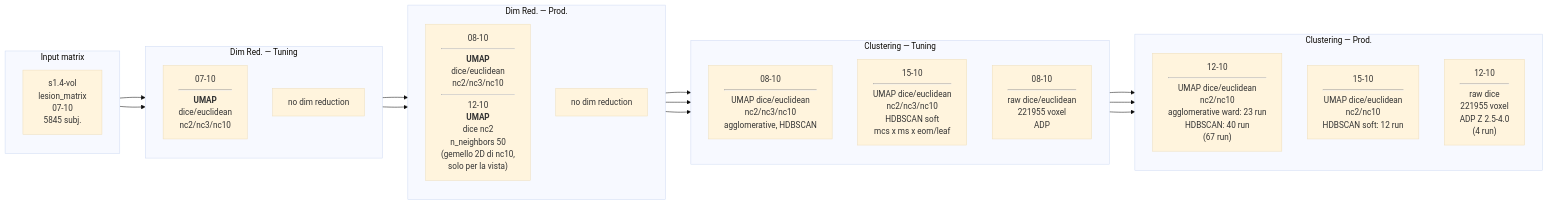
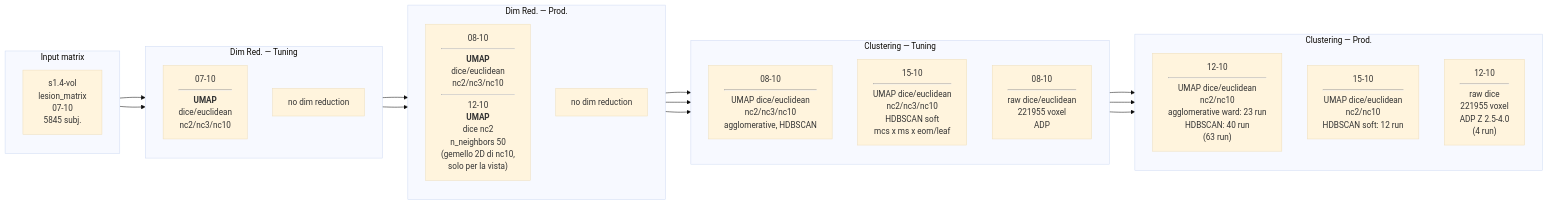
One commit to EmmaTosato/NEMESIS_fs changed the first of 5 diagrams in docs/experiments/pipelines.md. Above: the diagram before and after it, drawn with Mermaid (base theme). The commit also changed other lines of this file and 42 other files, not shown here.

````diff
--- a/docs/experiments/pipelines.md
+++ b/docs/experiments/pipelines.md
@@ -11,40 +11,40 @@
 ```mermaid
 flowchart LR
     classDef pending stroke-dasharray: 5 5
 
     subgraph COL0["Input matrix"]
         direction TB
         R14["s1.4-vol<br/>lesion_matrix<br/>07-10<br/>5845 subj."]
     end
 
     subgraph COL1["Dim Red. — Tuning"]
         direction TB
         T14["07-10<hr/><b>UMAP</b><br/>dice/euclidean<br/>nc2/nc3/nc10"]
         N14T["no dim reduction"]
     end
 
     subgraph COL2["Dim Red. — Prod."]
         direction TB
         P14["08-10<hr/><b>UMAP</b><br/>dice/euclidean<br/>nc2/nc3/nc10<hr/>12-10<br/><b>UMAP</b><br/>dice nc2<br/>n_neighbors 50<br/>(gemello 2D di nc10,<br/>solo per la vista)"]
         N14P["no dim reduction"]
     end
 
     subgraph COL3["Clustering — Tuning"]
         direction TB
         CT14["08-10<hr/>UMAP dice/euclidean<br/>nc2/nc3/nc10<br/>agglomerative, HDBSCAN"]
         CT14S["15-10<hr/>UMAP dice/euclidean<br/>nc2/nc3/nc10<br/>HDBSCAN soft<br/>mcs x ms x eom/leaf"]
         CT14R["08-10<hr/>raw dice/euclidean<br/>221955 voxel<br/>ADP"]
     end
 
     subgraph COL4["Clustering — Prod."]
         direction TB
-        CP14["12-10<hr/>UMAP dice/euclidean<br/>nc2/nc10<br/>agglomerative ward: 23 run<br/>HDBSCAN: 40 run<br/>(67 run)"]
+        CP14["12-10<hr/>UMAP dice/euclidean<br/>nc2/nc10<br/>agglomerative ward: 23 run<br/>HDBSCAN: 40 run<br/>(63 run)"]
         CP14S["15-10<hr/>UMAP dice/euclidean<br/>nc2/nc10<br/>HDBSCAN soft: 12 run"]
         CP14R["12-10<hr/>raw dice<br/>221955 voxel<br/>ADP Z 2.5-4.0<br/>(4 run)"]
     end
 
     R14 --> T14 --> P14
     P14 --> CT14 --> CP14
     P14 --> CT14S --> CP14S
     R14 --> N14T --> N14P --> CT14R --> CP14R
 ```
````
